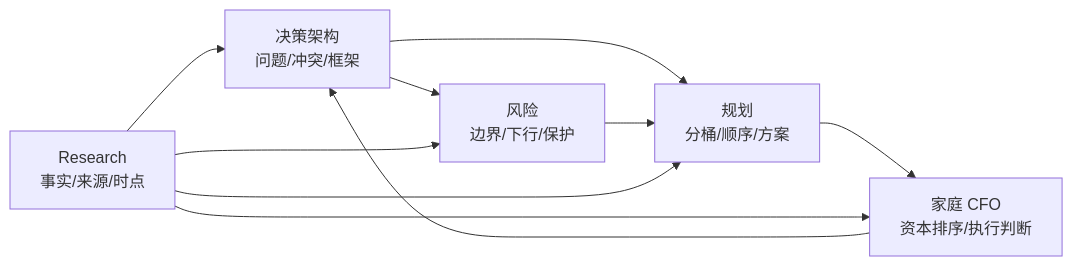
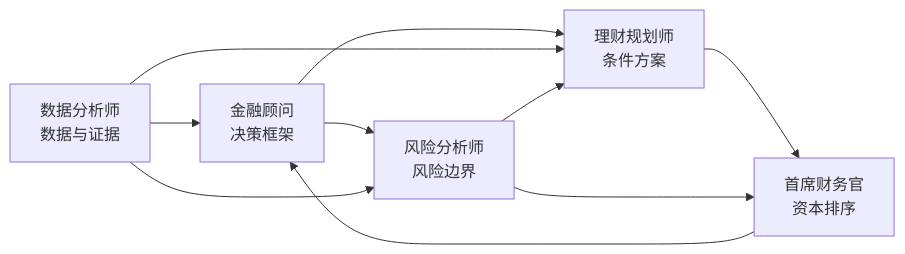
Before and after one commit to WXYNB66/-Autonomous-Domain-Agents: the diagram in diagrams/role_interaction.mmd, drawn with Mermaid. The commit also changed 12 other files, not shown here.

```diff
--- a/diagrams/role_interaction.mmd
+++ b/diagrams/role_interaction.mmd
@@ -1,15 +1,15 @@
 flowchart LR
-    C[决策架构
-问题/冲突/框架] --> R[风险
-边界/下行/保护]
-    C --> P[规划
-分桶/顺序/方案]
+    A[金融顾问
+决策框架] --> R[风险分析师
+风险边界]
+    A --> P[理财规划师
+条件方案]
+    D[数据分析师
+数据与证据] --> A
+    D --> R
+    D --> P
     R --> P
-    P --> F[家庭 CFO
-资本排序/执行判断]
-    X[Research
-事实/来源/时点] --> C
-    X --> R
-    X --> P
-    X --> F
-    F --> C
+    P --> C[首席财务官
+资本排序]
+    R --> C
+    C --> A
```
